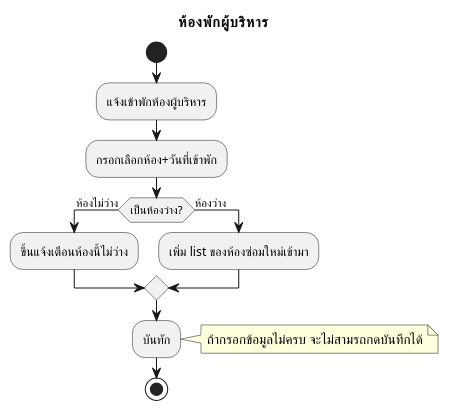
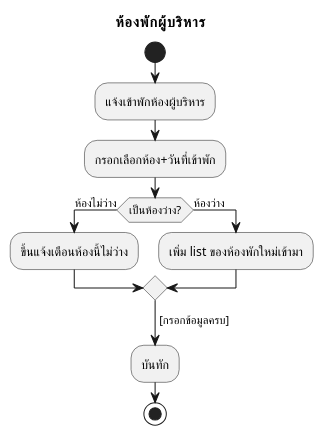
One commit to cheat13/Prompiman_Diagram changed the diagram in activity-diagram/room/executive.md. Above: the diagram before and after it, drawn with PlantUML. The commit also changed 19 other files, not shown here.

```diff
--- a/activity-diagram/room/executive.md
+++ b/activity-diagram/room/executive.md
@@ -1,16 +1,16 @@
 @startuml
 title ห้องพักผู้บริหาร
 start
 :แจ้งเข้าพักห้องผู้บริหาร;
 :กรอกเลือกห้อง+วันที่เข้าพัก;
 if (เป็นห้องว่าง?) then (ห้องไม่ว่าง)
 :ขึ้นแจ้งเตือนห้องนี้ไม่ว่าง;
 else(ห้องว่าง)
-:เพิ่ม list ของห้องซ่อมใหม่เข้ามา;
+:เพิ่ม list ของห้องพักใหม่เข้ามา;
 endif
+-> [กรอกข้อมูลครบ];
 :บันทัก;
-note right
-ถ้ากรอกข้อมูลไม่ครบ จะไม่สามรถกดบันทึกได้
-end note
+
+
 stop
 @enduml
```
